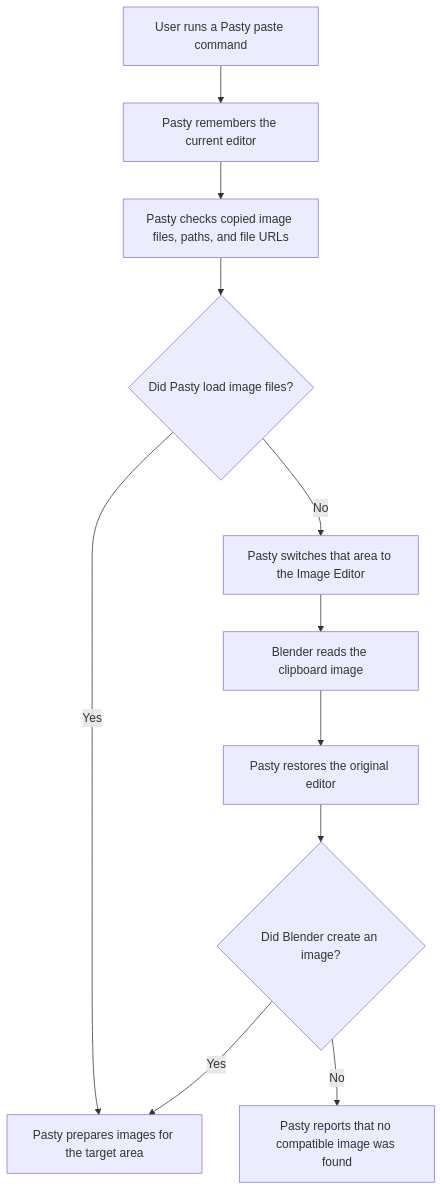
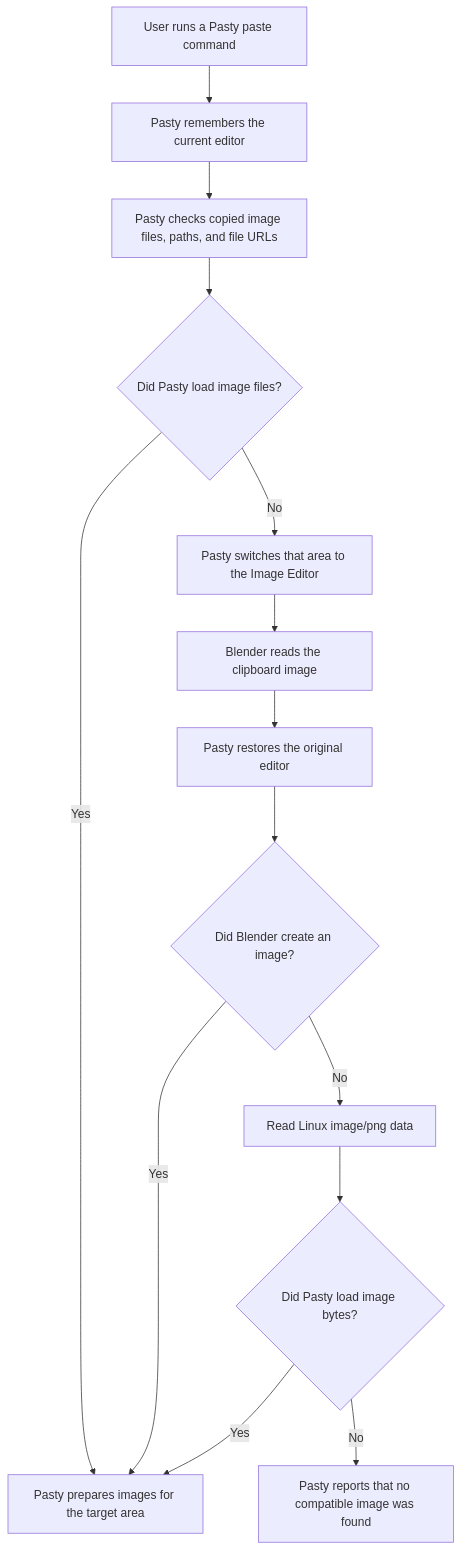
One commit to thanhph111/blender-pasty changed the diagram in docs/technical-design.md. Above: the diagram before and after it, drawn with Mermaid. The commit also changed other lines of this file and 7 other files, not shown here.

Commit message:
feat(clipboard): add Linux image fallback

````diff
--- a/docs/technical-design.md
+++ b/docs/technical-design.md
@@ -54,13 +56,16 @@
 ```mermaid
 flowchart TD
     A["User runs a Pasty paste command"] --> B["Pasty remembers the current editor"]
     B --> C["Pasty checks copied image files, paths, and file URLs"]
     C --> D{"Did Pasty load image files?"}
     D -->|"Yes"| G["Pasty prepares images for the target area"]
     D -->|"No"| E["Pasty switches that area to the Image Editor"]
     E --> F["Blender reads the clipboard image"]
     F --> I["Pasty restores the original editor"]
     I --> H{"Did Blender create an image?"}
     H -->|"Yes"| G
-    H -->|"No"| J["Pasty reports that no compatible image was found"]
+    H -->|"No"| K["Read Linux image/png data"]
+    K --> L{"Did Pasty load image bytes?"}
+    L -->|"Yes"| G
+    L -->|"No"| J["Pasty reports that no compatible image was found"]
 ```
````
